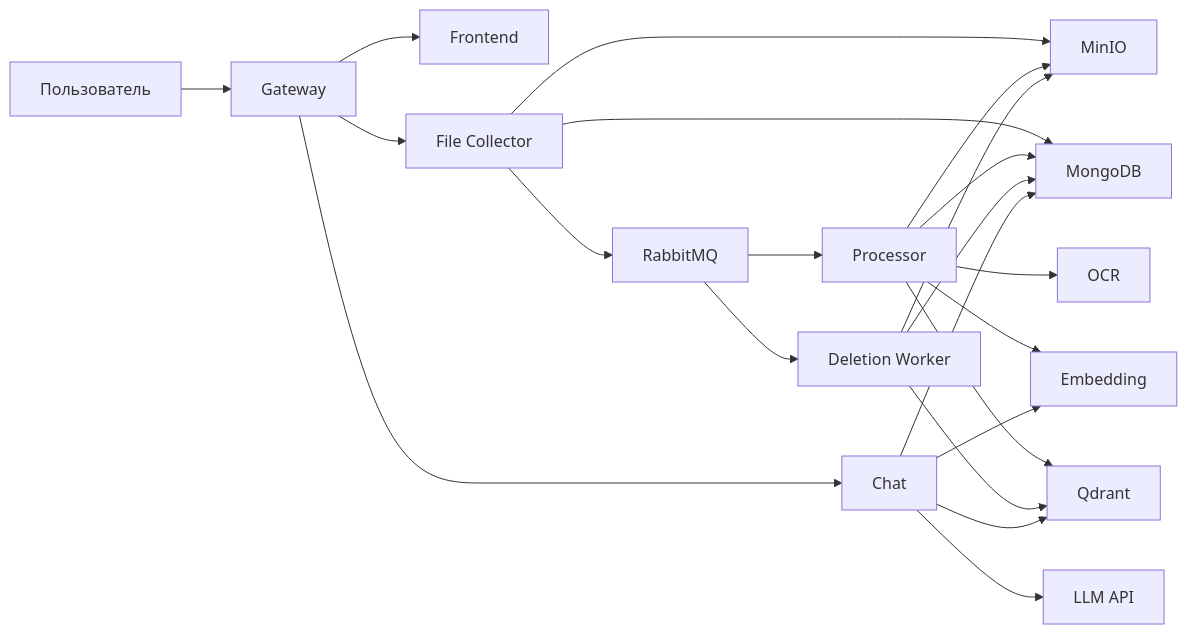
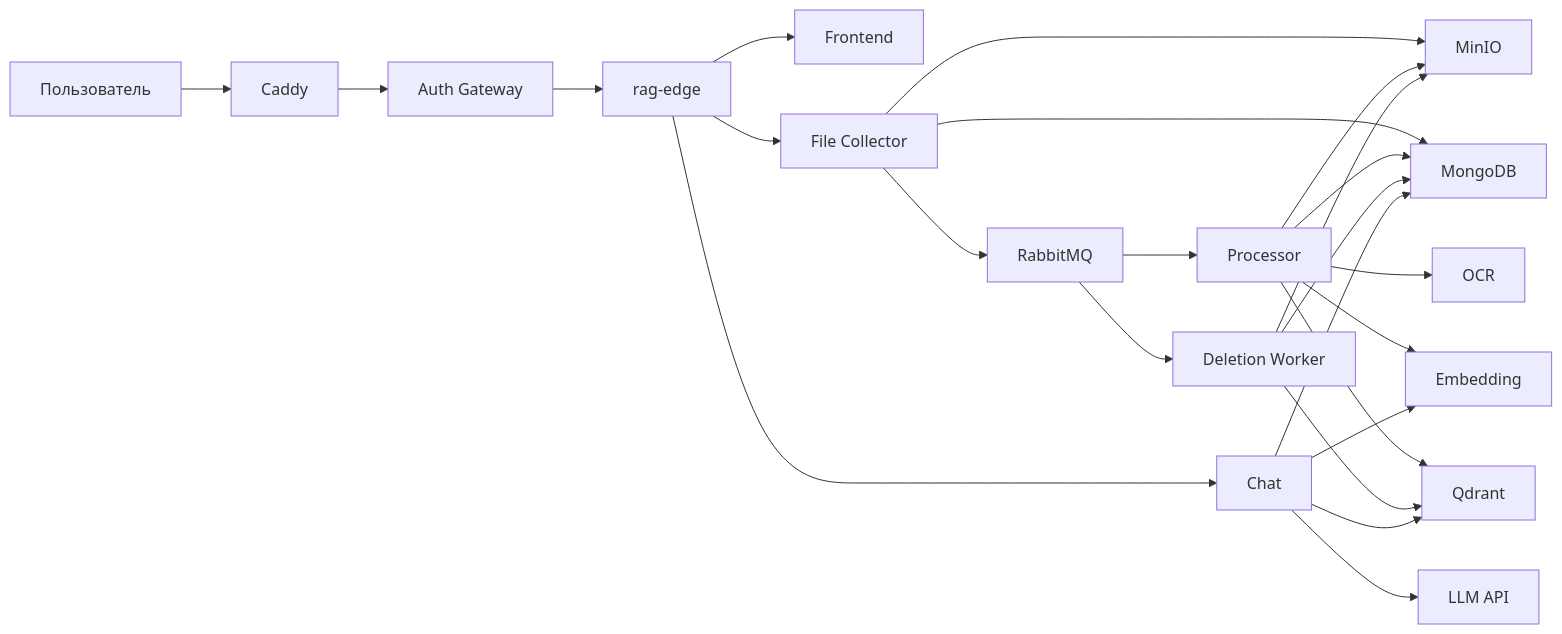
The diagram in docs/architecture.md (Aleshka5/RAG-Chat), drawn with Mermaid before and after one commit. The commit also changed other lines of this file and 12 other files, not shown here.

First line of the commit message:
Place RAG behind the existing Auth Gateway.

````diff
--- a/docs/architecture.md
+++ b/docs/architecture.md
@@ -9,39 +9,43 @@
 ```mermaid
 flowchart LR
     user[Пользователь]
-    gateway[Gateway]
+    caddy[Caddy]
+    gateway[Auth Gateway]
+    edge[rag-edge]
     frontend[Frontend]
     files[File Collector]
     chat[Chat]
     processor[Processor]
     deletion[Deletion Worker]
     ocr[OCR]
     embed[Embedding]
     llm[LLM API]
     mq[RabbitMQ]
     s3[MinIO]
     mongo[MongoDB]
     qdrant[Qdrant]
 
-    user --> gateway
-    gateway --> frontend
-    gateway --> files
-    gateway --> chat
+    user --> caddy
+    caddy --> gateway
+    gateway --> edge
+    edge --> frontend
+    edge --> files
+    edge --> chat
     files --> s3
     files --> mongo
     files --> mq
     mq --> processor
     mq --> deletion
     processor --> s3
     processor --> ocr
     processor --> embed
     processor --> qdrant
     processor --> mongo
     deletion --> s3
     deletion --> qdrant
     deletion --> mongo
     chat --> embed
     chat --> qdrant
     chat --> mongo
     chat --> llm
 ```
````
